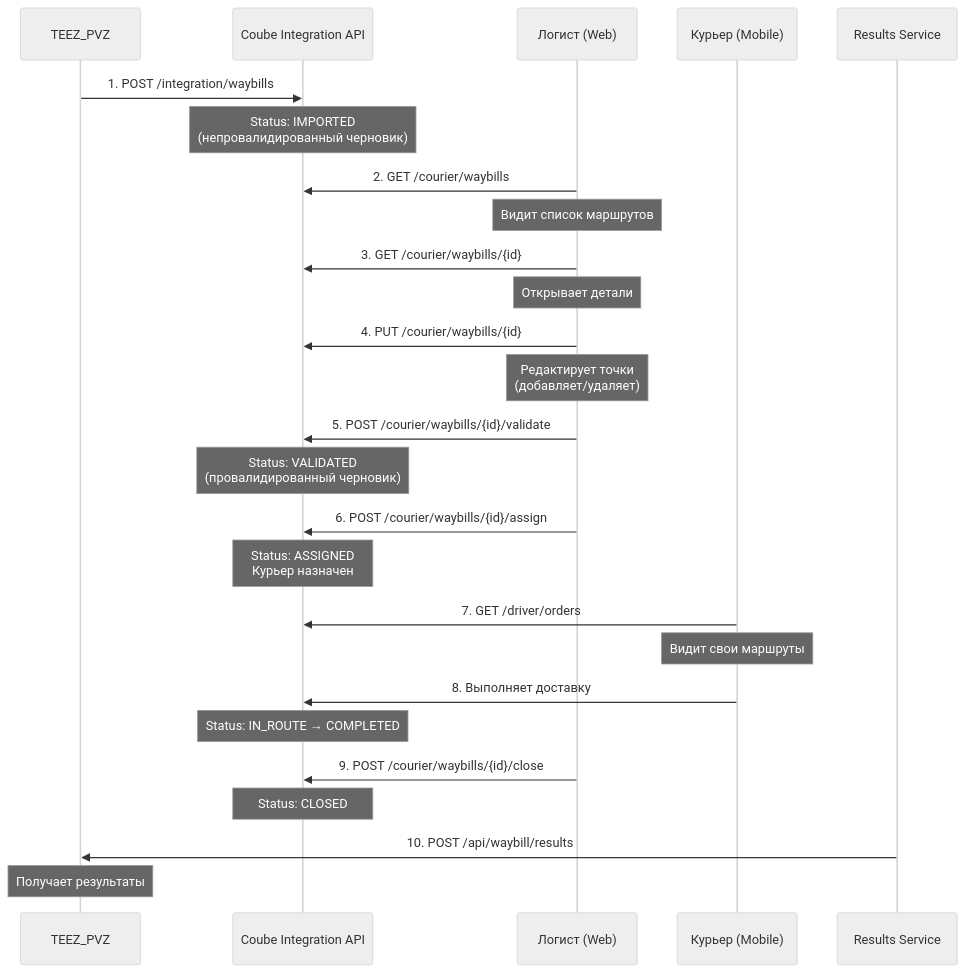
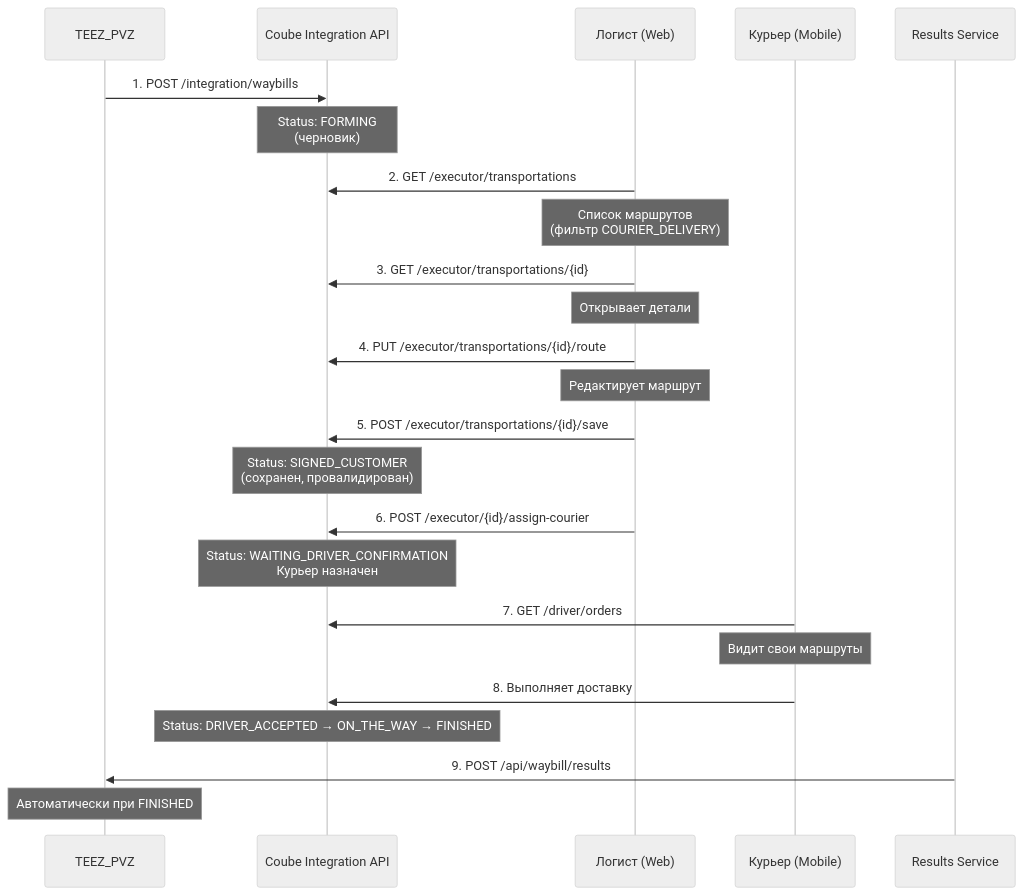
The diagram in tasks/backend/courier-delivery-integration-mvp/00-SUMMARY.md (adamshels1/coube-documentation), drawn with Mermaid (neutral theme) before and after one commit. The commit also changed other lines of this file and 3 other files, not shown here.

````diff
--- a/tasks/backend/courier-delivery-integration-mvp/00-SUMMARY.md
+++ b/tasks/backend/courier-delivery-integration-mvp/00-SUMMARY.md
@@ -26,38 +26,35 @@
 ```mermaid
 sequenceDiagram
     participant TEEZ as TEEZ_PVZ
     participant API as Coube Integration API
     participant Logist as Логист (Web)
     participant Courier as Курьер (Mobile)
     participant Results as Results Service
 
     TEEZ->>API: 1. POST /integration/waybills
-    Note over API: Status: IMPORTED<br/>(непровалидированный черновик)
+    Note over API: Status: FORMING<br/>(черновик)
     
-    Logist->>API: 2. GET /courier/waybills
-    Note over Logist: Видит список маршрутов
+    Logist->>API: 2. GET /executor/transportations
+    Note over Logist: Список маршрутов<br/>(фильтр COURIER_DELIVERY)
     
-    Logist->>API: 3. GET /courier/waybills/{id}
+    Logist->>API: 3. GET /executor/transportations/{id}
     Note over Logist: Открывает детали
     
-    Logist->>API: 4. PUT /courier/waybills/{id}
-    Note over Logist: Редактирует точки<br/>(добавляет/удаляет)
+    Logist->>API: 4. PUT /executor/transportations/{id}/route
+    Note over Logist: Редактирует маршрут
     
-    Logist->>API: 5. POST /courier/waybills/{id}/validate
-    Note over API: Status: VALIDATED<br/>(провалидированный черновик)
+    Logist->>API: 5. POST /executor/transportations/{id}/save
+    Note over API: Status: SIGNED_CUSTOMER<br/>(сохранен, провалидирован)
     
-    Logist->>API: 6. POST /courier/waybills/{id}/assign
-    Note over API: Status: ASSIGNED<br/>Курьер назначен
+    Logist->>API: 6. POST /executor/{id}/assign-courier
+    Note over API: Status: WAITING_DRIVER_CONFIRMATION<br/>Курьер назначен
     
     Courier->>API: 7. GET /driver/orders
     Note over Courier: Видит свои маршруты
     
     Courier->>API: 8. Выполняет доставку
-    Note over API: Status: IN_ROUTE → COMPLETED
+    Note over API: Status: DRIVER_ACCEPTED → ON_THE_WAY → FINISHED
     
-    Logist->>API: 9. POST /courier/waybills/{id}/close
-    Note over API: Status: CLOSED
-    
-    Results->>TEEZ: 10. POST /api/waybill/results
-    Note over TEEZ: Получает результаты
+    Results->>TEEZ: 9. POST /api/waybill/results
+    Note over TEEZ: Автоматически при FINISHED
 ```
````
